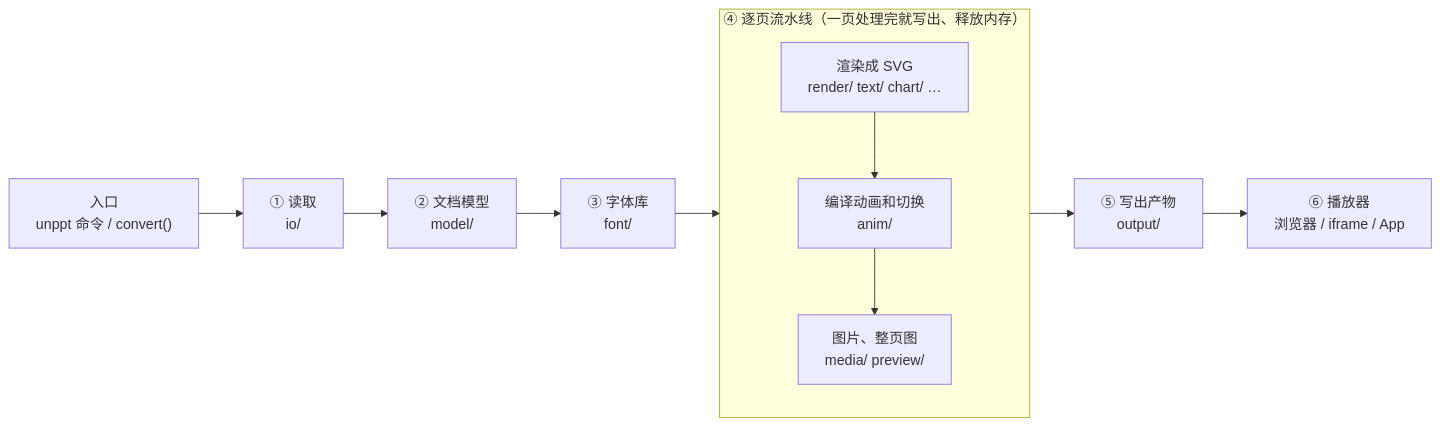
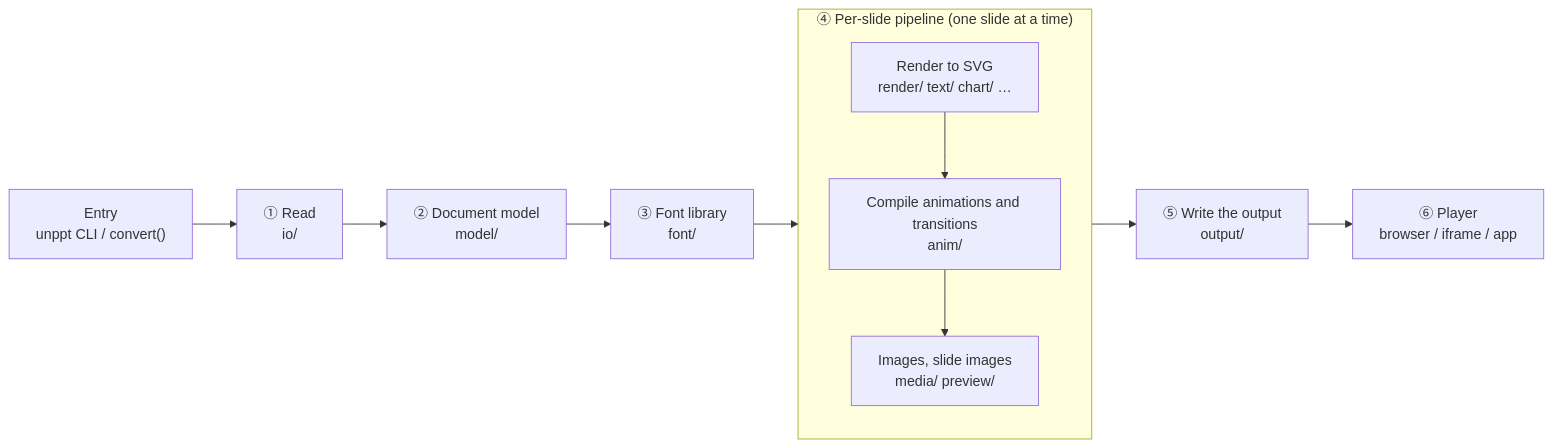
The second of 2 diagrams in README.md (spitmaster/unppt), drawn with Mermaid before and after one commit. The commit also changed other lines of this file and 4 other files, not shown here.

Commit message:
docs: README 默认改为英文，中文版保留为 README.zh.md；文档地图默认指向 docs/en

````diff
--- a/README.md
+++ b/README.md
@@ -74,10 +74,10 @@
 ```mermaid
 flowchart LR
-  A["入口<br/>unppt 命令 / convert()"] --> B["① 读取<br/>io/"] --> C["② 文档模型<br/>model/"] --> D["③ 字体库<br/>font/"]
-  subgraph E["④ 逐页流水线（一页处理完就写出、释放内存）"]
+  A["Entry<br/>unppt CLI / convert()"] --> B["① Read<br/>io/"] --> C["② Document model<br/>model/"] --> D["③ Font library<br/>font/"]
+  subgraph E["④ Per-slide pipeline (one slide at a time)"]
     direction TB
-    E1["渲染成 SVG<br/>render/ text/ chart/ …"] --> E2["编译动画和切换<br/>anim/"] --> E3["图片、整页图<br/>media/ preview/"]
+    E1["Render to SVG<br/>render/ text/ chart/ …"] --> E2["Compile animations and transitions<br/>anim/"] --> E3["Images, slide images<br/>media/ preview/"]
   end
   D --> E
-  E --> F["⑤ 写出产物<br/>output/"] --> G["⑥ 播放器<br/>浏览器 / iframe / App"]
+  E --> F["⑤ Write the output<br/>output/"] --> G["⑥ Player<br/>browser / iframe / app"]
 ```
````
